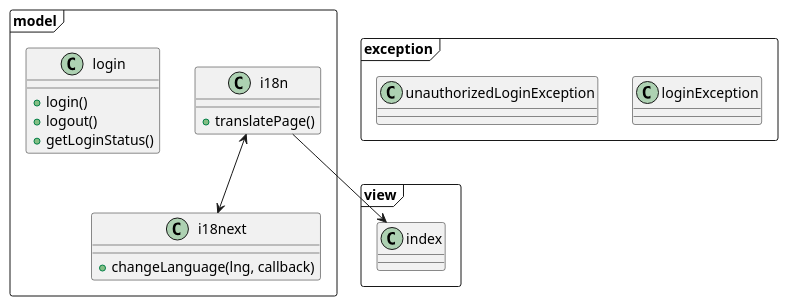
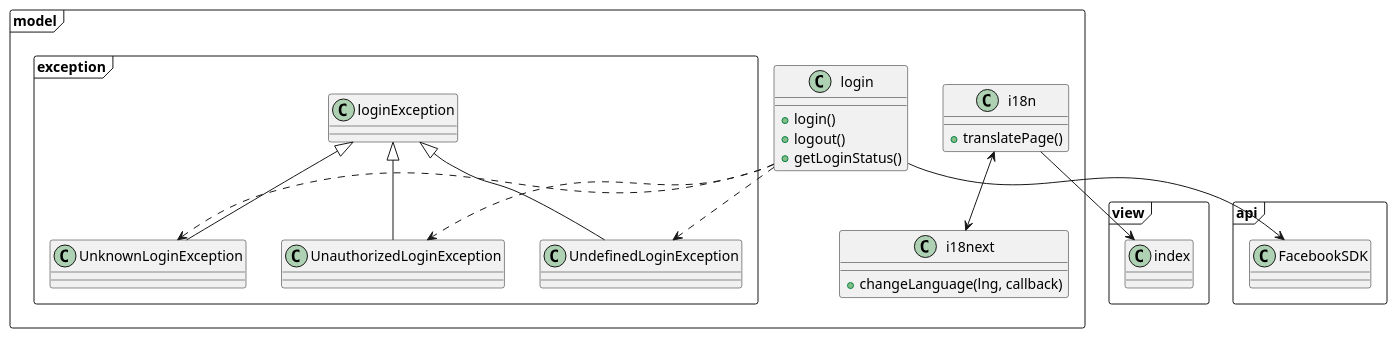
The diagram in src/diagrams/classDiagram.puml (CPNV-RIA1/RentABike), drawn with PlantUML before and after one commit.

Commit message:
feat: Add exception classes for login handling

```diff
--- a/src/diagrams/classDiagram.puml
+++ b/src/diagrams/classDiagram.puml
@@ -1,31 +1,46 @@
 @startuml
 'https://plantuml.com/class-diagram
 
 
 package model <<Frame>> {
   class i18n {
     + translatePage()
   }
   class i18next {
     + changeLanguage(lng, callback)
   }
   class login {
     + login()
     + logout()
     + getLoginStatus()
   }
+  package exception <<Frame>> {
+    class loginException {
+    }
+    class UnauthorizedLoginException {
+    }
+    class UndefinedLoginException {
+    }
+    class UnknownLoginException {
+    }
+  }
 }
 
 i18n <--> i18next
 package view <<Frame>> {
     class index {
     }
 }
 i18n --> index
 
-package exception <<Frame>> {
-  class loginException {
-  }
-  class unauthorizedLoginException {
-  }
+package api <<Frame>> {
+  class FacebookSDK{}
+}
+loginException <|-- UnauthorizedLoginException 
+loginException <|-- UndefinedLoginException
+loginException <|-- UnknownLoginException
+login ..> UnauthorizedLoginException
+login ..> UndefinedLoginException
+login ..> UnknownLoginException
+login --> FacebookSDK
 @enduml
```
